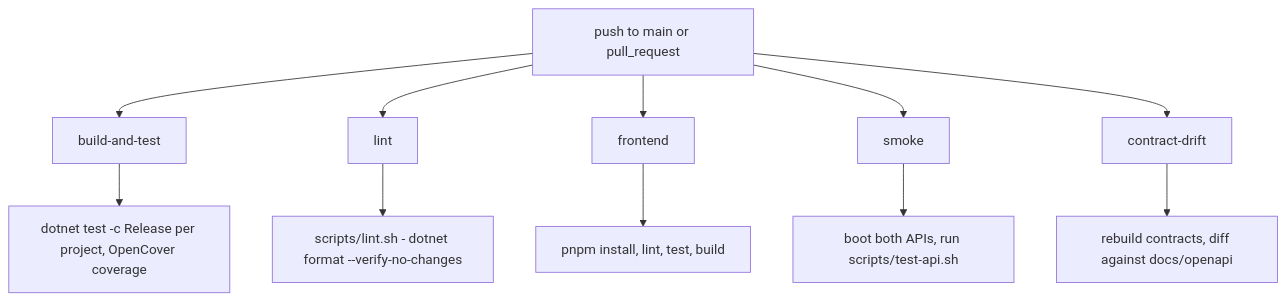
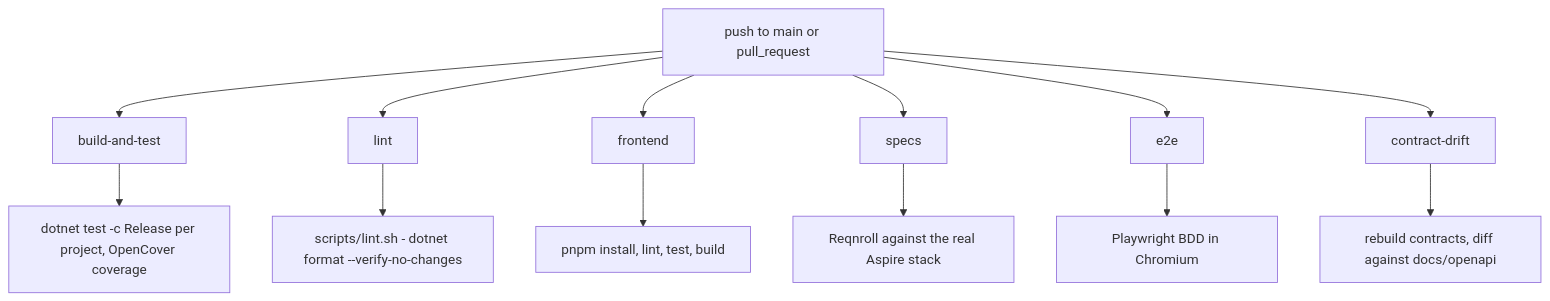
The seventh of 7 diagrams in docs/system-design.md (josnelihurt/code.examples.net.quotes), drawn with Mermaid before and after one commit. The commit also changed other lines of this file and 12 other files, not shown here.

````diff
--- a/docs/system-design.md
+++ b/docs/system-design.md
@@ -267,21 +267,24 @@
 ```mermaid
 flowchart TD
   push["push to main or pull_request"]
   bt["build-and-test"]
   lint["lint"]
   fe["frontend"]
-  smoke["smoke"]
+  specs["specs"]
+  e2e["e2e"]
   drift["contract-drift"]
 
   push --> bt
   push --> lint
   push --> fe
-  push --> smoke
+  push --> specs
+  push --> e2e
   push --> drift
 
   bt --> btd["dotnet test -c Release per project, OpenCover coverage"]
   lint --> lintd["scripts/lint.sh - dotnet format --verify-no-changes"]
   fe --> fed["pnpm install, lint, test, build"]
-  smoke --> smoked["boot both APIs, run scripts/test-api.sh"]
+  specs --> specsd["Reqnroll against the real Aspire stack"]
+  e2e --> e2ed["Playwright BDD in Chromium"]
   drift --> driftd["rebuild contracts, diff against docs/openapi"]
 ```
````
